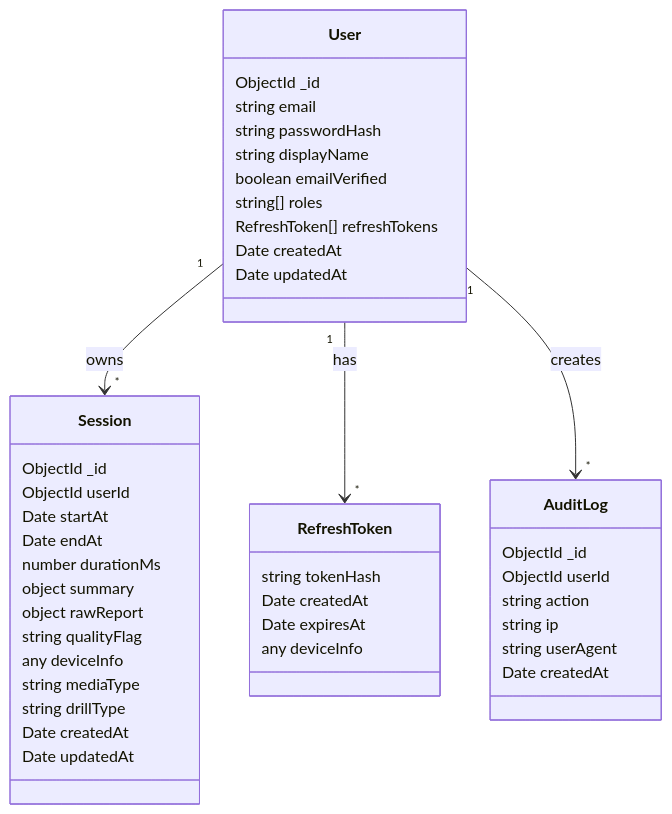
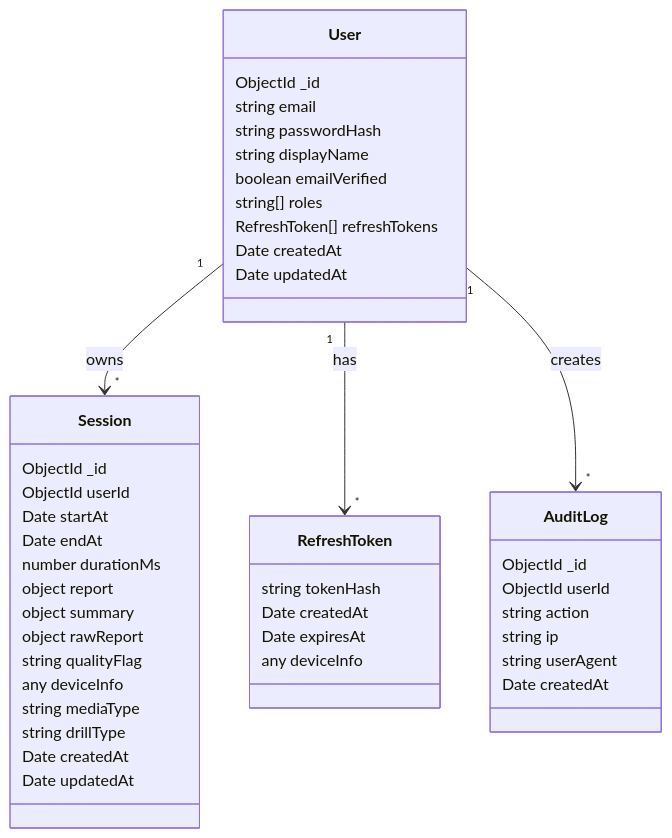
The second of 2 diagrams in design.md (Sagar8169/improved-journey-mediaPose), drawn with Mermaid before and after one commit. The commit also changed other lines of this file and 11 other files, not shown here.

Commit message:
refactor: Update documentation and implementation for v2 metrics schema with aggregated-only storage

````diff
--- a/design.md
+++ b/design.md
@@ -203,47 +205,49 @@
 ```mermaid
 classDiagram
   class User {
     ObjectId _id
     string email
     string passwordHash
     string displayName
     boolean emailVerified
     string[] roles
     RefreshToken[] refreshTokens
     Date createdAt
     Date updatedAt
   }
   class RefreshToken {
     string tokenHash
     Date createdAt
     Date expiresAt
     any deviceInfo
   }
   class Session {
     ObjectId _id
     ObjectId userId
     Date startAt
     Date endAt
     number durationMs
+    object report
     object summary
+    %% rawReport is optional legacy (v1 compatibility only)
     object rawReport
     string qualityFlag
     any deviceInfo
     string mediaType
     string drillType
     Date createdAt
     Date updatedAt
   }
   class AuditLog {
     ObjectId _id
     ObjectId userId
     string action
     string ip
     string userAgent
     Date createdAt
   }
 
   User "1" --> "*" Session : owns
   User "1" --> "*" RefreshToken : has
   User "1" --> "*" AuditLog : creates
 ```
````
